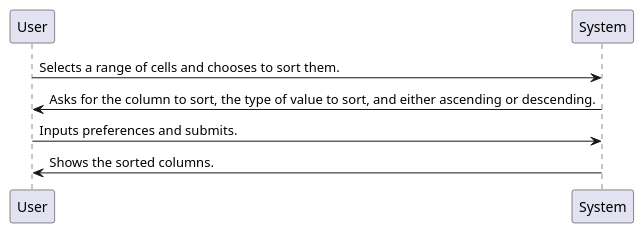
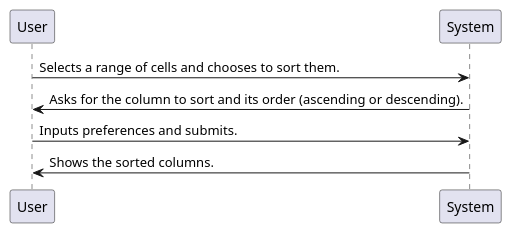
Before and after one commit to RubenTeixeira/cleansheets_isep_2dg_2016: the diagram in src/main/java/csheets/worklog/n1140423/sprint3/analysis.puml, drawn with PlantUML. The commit also changed 3 other files, not shown here.

```diff
--- a/src/main/java/csheets/worklog/n1140423/sprint3/analysis.puml
+++ b/src/main/java/csheets/worklog/n1140423/sprint3/analysis.puml
@@ -1,11 +1,11 @@
 @startuml doc-files/analysis.png
 
 participant "User" as User
 participant "System" as System
 
 User->System : Selects a range of cells and chooses to sort them.
-System->User: Asks for the column to sort, the type of value to sort, and either ascending or descending.
+System->User: Asks for the column to sort and its order (ascending or descending).
 User->System: Inputs preferences and submits.
 System->User: Shows the sorted columns.
 
 @enduml
```
